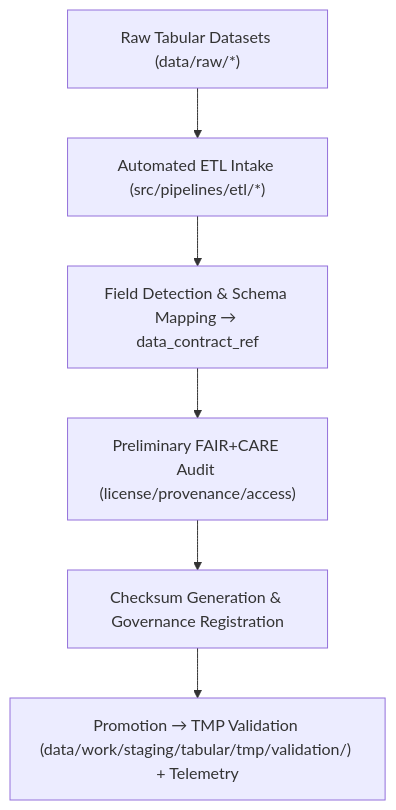
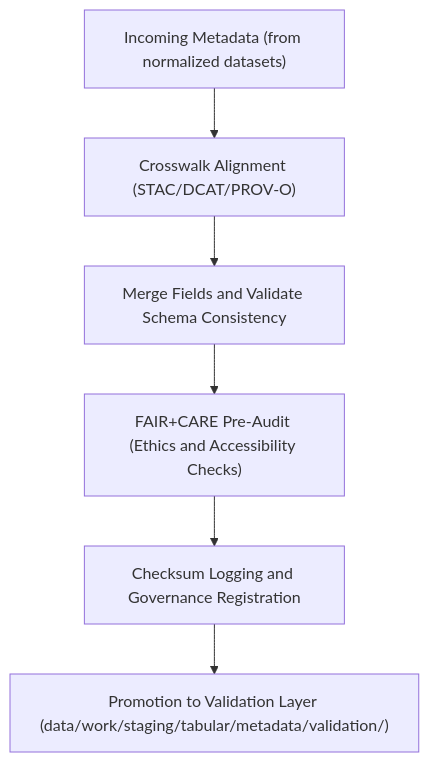
Before and after one commit to bartytime4life/Kansas-Frontier-Matrix: the diagram in data/work/staging/tabular/metadata/tmp/README.md, drawn with Mermaid. The commit also changed other lines of this file, not shown here.

First line of the commit message:
Revise README for Kansas Frontier Matrix TMP Workspace

````diff
--- a/data/work/staging/tabular/metadata/tmp/README.md
+++ b/data/work/staging/tabular/metadata/tmp/README.md
@@ -68,8 +63,8 @@
 ```mermaid
 flowchart TD
-    A["Raw Tabular Datasets (data/raw/*)"] --> B["Automated ETL Intake (src/pipelines/etl/*)"]
-    B --> C["Field Detection & Schema Mapping → data_contract_ref"]
-    C --> D["Preliminary FAIR+CARE Audit (license/provenance/access)"]
-    D --> E["Checksum Generation & Governance Registration"]
-    E --> F["Promotion → TMP Validation (data/work/staging/tabular/tmp/validation/) + Telemetry"]
+    A["Incoming Metadata (from normalized datasets)"] --> B["Crosswalk Alignment (STAC/DCAT/PROV-O)"]
+    B --> C["Merge Fields and Validate Schema Consistency"]
+    C --> D["FAIR+CARE Pre-Audit (Ethics and Accessibility Checks)"]
+    D --> E["Checksum Logging and Governance Registration"]
+    E --> F["Promotion to Validation Layer (data/work/staging/tabular/metadata/validation/)"]
 ```
````
